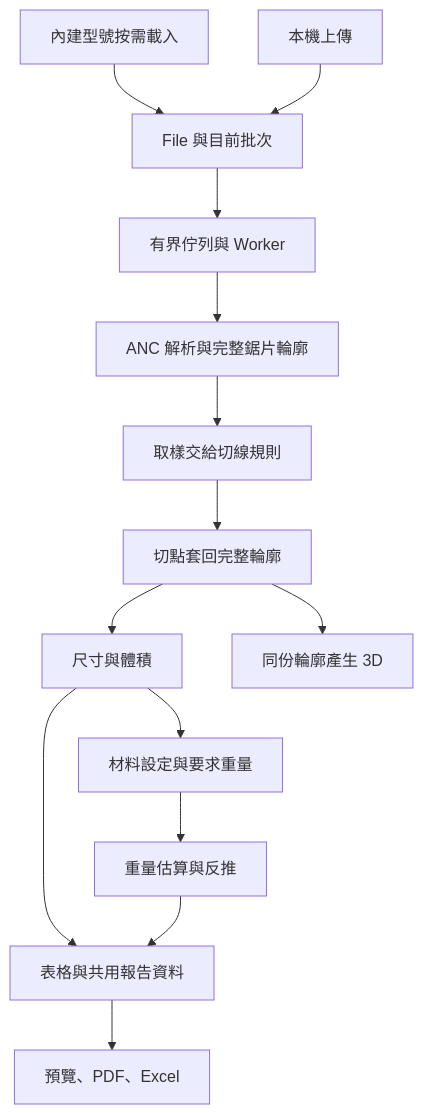
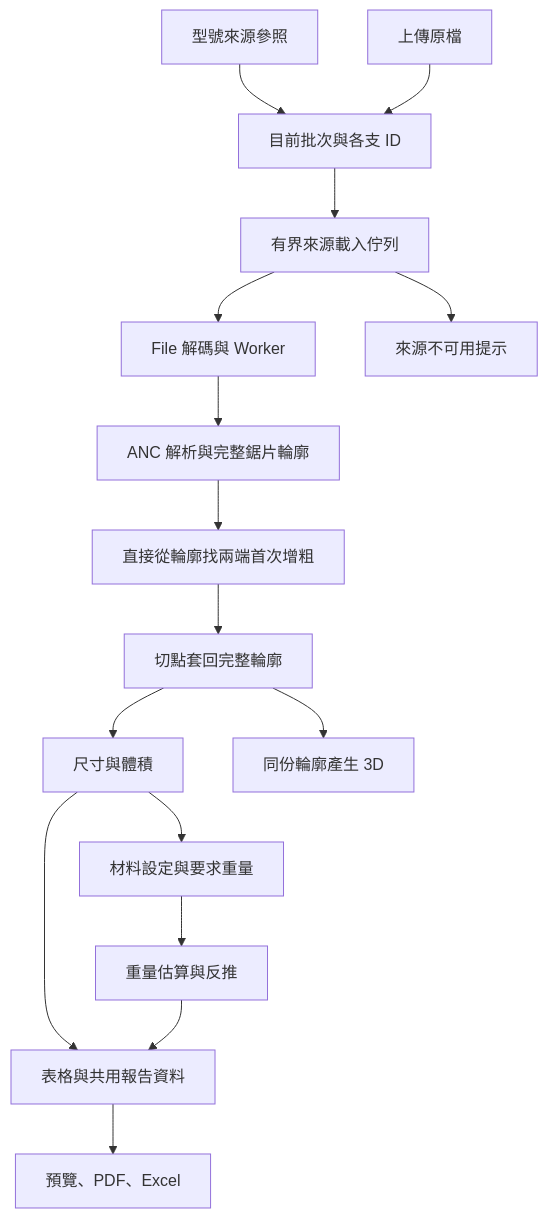
The diagram in 【專案規則】/docs/架構總覽.md (kwlin605-cyber/bat-volume), drawn with Mermaid before and after one commit. The commit also changed other lines of this file and 74 other files, not shown here.

````diff
--- a/【專案規則】/docs/架構總覽.md
+++ b/【專案規則】/docs/架構總覽.md
@@ -7,16 +7,18 @@
 ```mermaid
 flowchart TD
-  A[內建型號按需載入] --> C[File 與目前批次]
-  B[本機上傳] --> C
-  C --> D[有界佇列與 Worker]
+  A[型號來源參照] --> C[目前批次與各支 ID]
+  B[上傳原檔] --> C
+  C --> S[有界來源載入佇列]
+  S --> D[File 解碼與 Worker]
+  S --> U[來源不可用提示]
   D --> E[ANC 解析與完整鋸片輪廓]
-  E --> F[取樣交給切線規則]
+  E --> F[直接從輪廓找兩端首次增粗]
   F --> G[切點套回完整輪廓]
   G --> H[尺寸與體積]
   G --> I[同份輪廓產生 3D]
   H --> J[材料設定與要求重量]
   J --> K[重量估算與反推]
   H --> L[表格與共用報告資料]
   K --> L
   L --> M[預覽、PDF、Excel]
 ```
````
